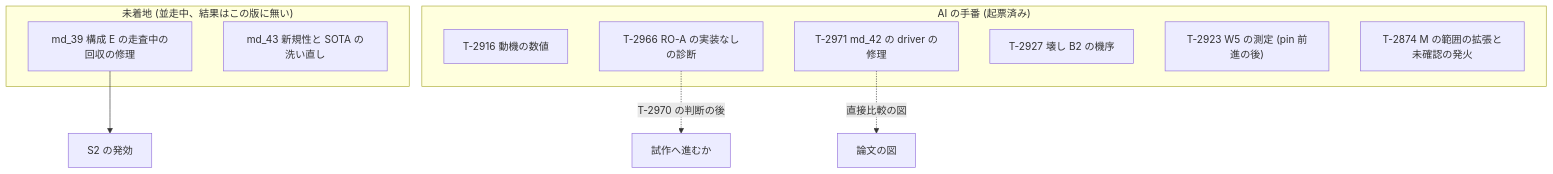
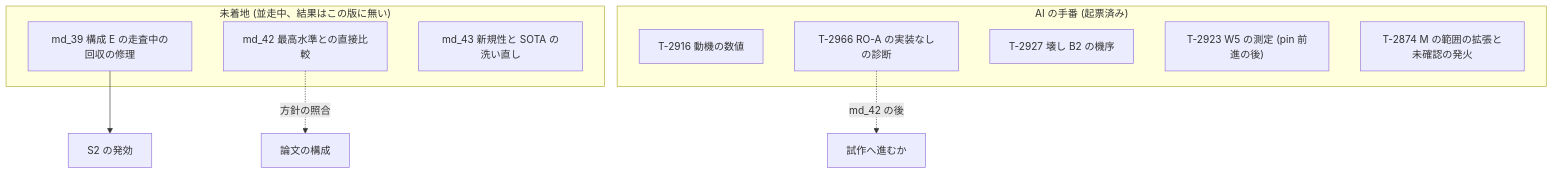
Diagram 38 of 41 in docs/paper-story-vhash/2026-10-01.md (thawk105/izanagi), drawn with Mermaid before and after one commit. The commit also changed other lines of this file and 4 other files, not shown here.

````diff
--- a/docs/paper-story-vhash/2026-10-01.md
+++ b/docs/paper-story-vhash/2026-10-01.md
@@ -1645,18 +1606,18 @@
 ```mermaid
 flowchart TB
   subgraph run["未着地 (並走中、結果はこの版に無い)"]
     r39["md_39 構成 E の走査中の回収の修理"]
+    r42["md_42 最高水準との直接比較"]
     r43["md_43 新規性と SOTA の洗い直し"]
   end
   subgraph ai["AI の手番 (起票済み)"]
     a1["T-2916 動機の数値"]
     a2["T-2966 RO-A の実装なしの診断"]
-    a3["T-2971 md_42 の driver の修理"]
     a4["T-2927 壊し B2 の機序"]
     a5["T-2923 W5 の測定 (pin 前進の後)"]
     a6["T-2874 M の範囲の拡張と未確認の発火"]
   end
   r39 --> s2["S2 の発効"]
-  a2 -.T-2970 の判断の後.-> proto["試作へ進むか"]
-  a3 -.直接比較の図.-> fig["論文の図"]
+  r42 -.方針の照合.-> paper["論文の構成"]
+  a2 -.md_42 の後.-> proto["試作へ進むか"]
 ```
````
